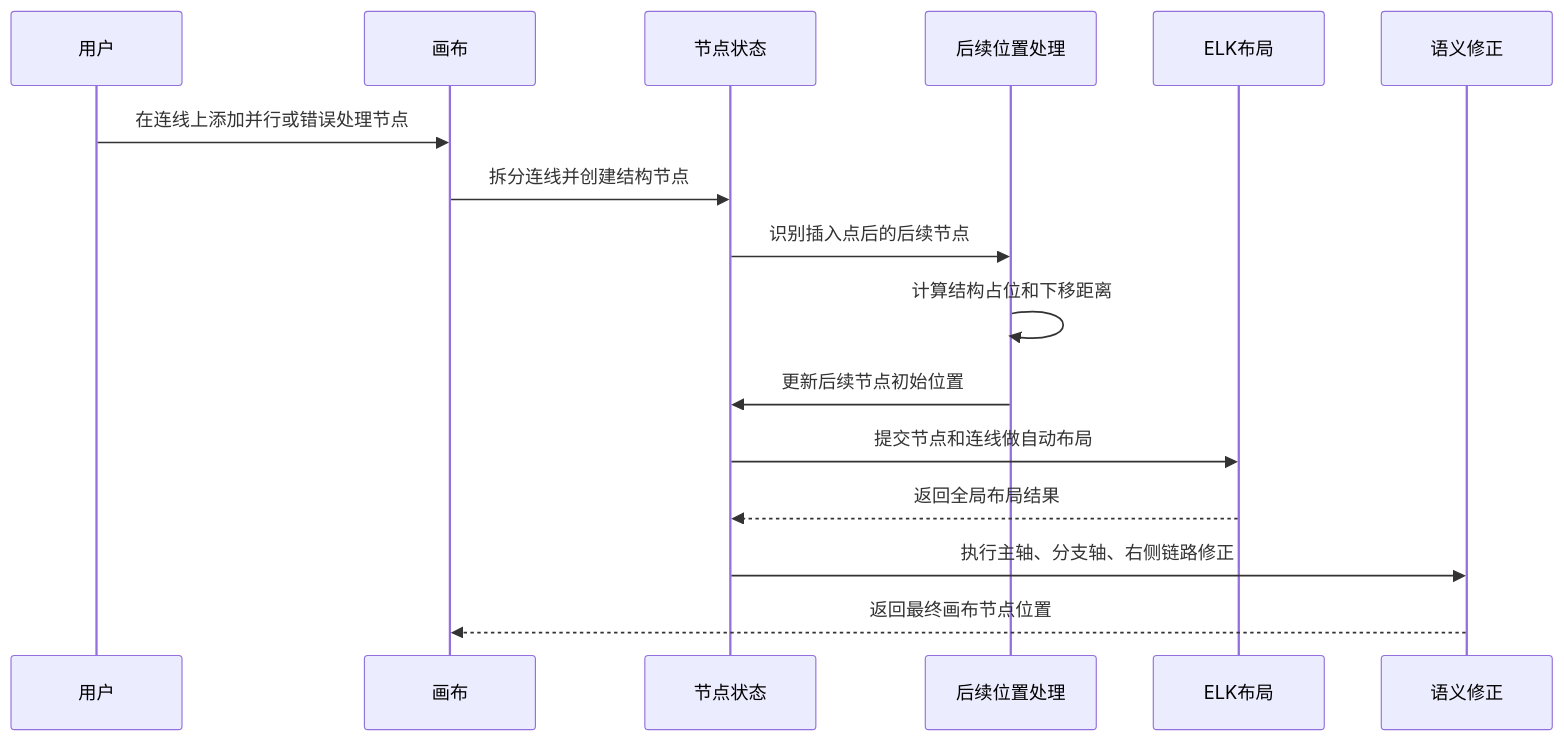
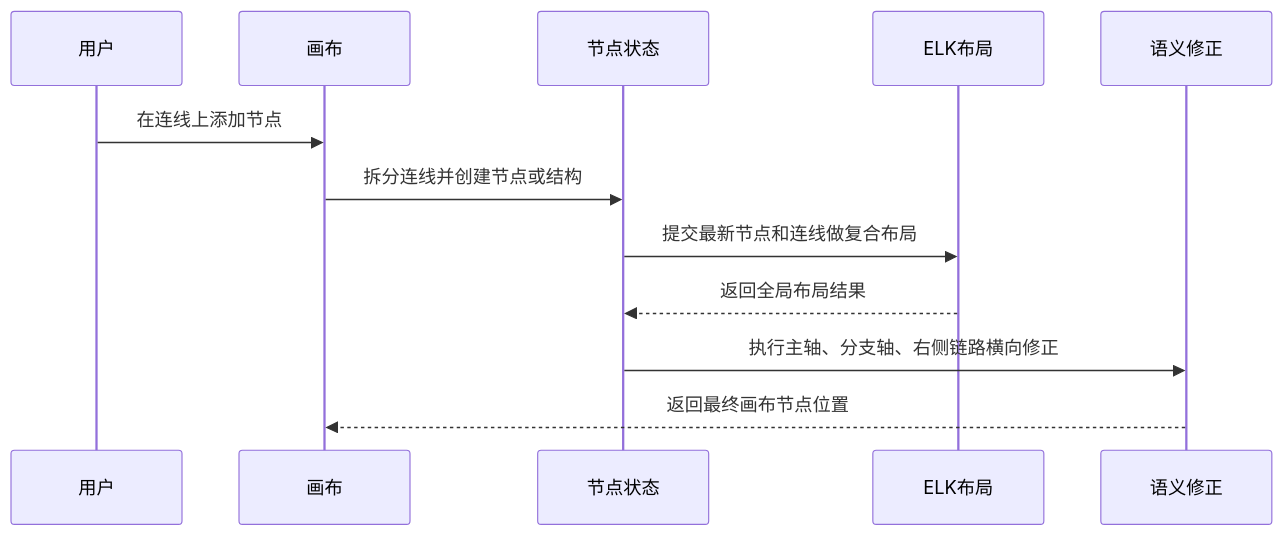
Before and after one commit to THZSummer/open-app: diagram 22 of 32 in front/doc/2026年6月文档/连接流配置需求设计说明书.md, drawn with Mermaid. The commit also changed other lines of this file and 6 other files, not shown here.

````diff
--- a/front/doc/2026年6月文档/连接流配置需求设计说明书.md
+++ b/front/doc/2026年6月文档/连接流配置需求设计说明书.md
@@ -582,18 +644,14 @@
 ```mermaid
 sequenceDiagram
   participant User as 用户
   participant Canvas as 画布
   participant Store as 节点状态
-  participant Position as 后续位置处理
   participant Elk as ELK布局
   participant Semantic as 语义修正
-  User->>Canvas: 在连线上添加并行或错误处理节点
-  Canvas->>Store: 拆分连线并创建结构节点
-  Store->>Position: 识别插入点后的后续节点
-  Position->>Position: 计算结构占位和下移距离
-  Position->>Store: 更新后续节点初始位置
-  Store->>Elk: 提交节点和连线做自动布局
+  User->>Canvas: 在连线上添加节点
+  Canvas->>Store: 拆分连线并创建节点或结构
+  Store->>Elk: 提交最新节点和连线做复合布局
   Elk-->>Store: 返回全局布局结果
-  Store->>Semantic: 执行主轴、分支轴、右侧链路修正
+  Store->>Semantic: 执行主轴、分支轴、右侧链路横向修正
   Semantic-->>Canvas: 返回最终画布节点位置
 ```
````
